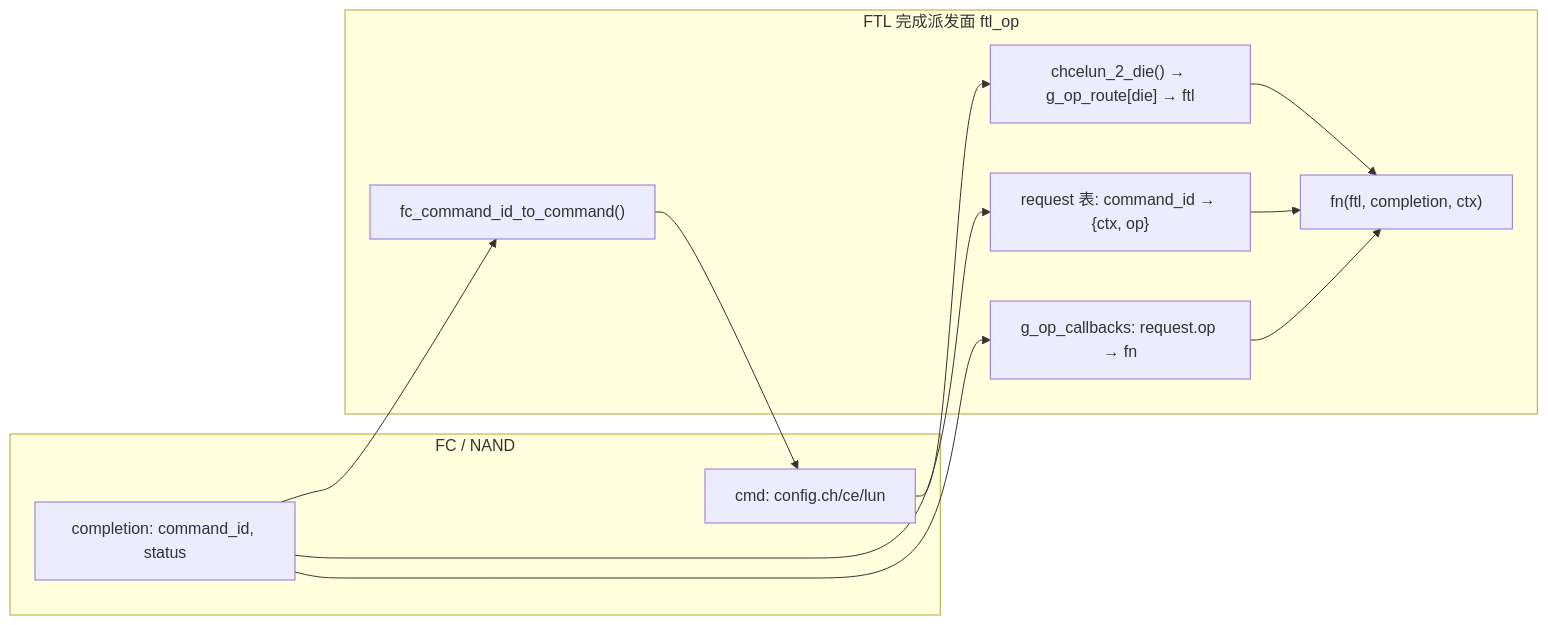
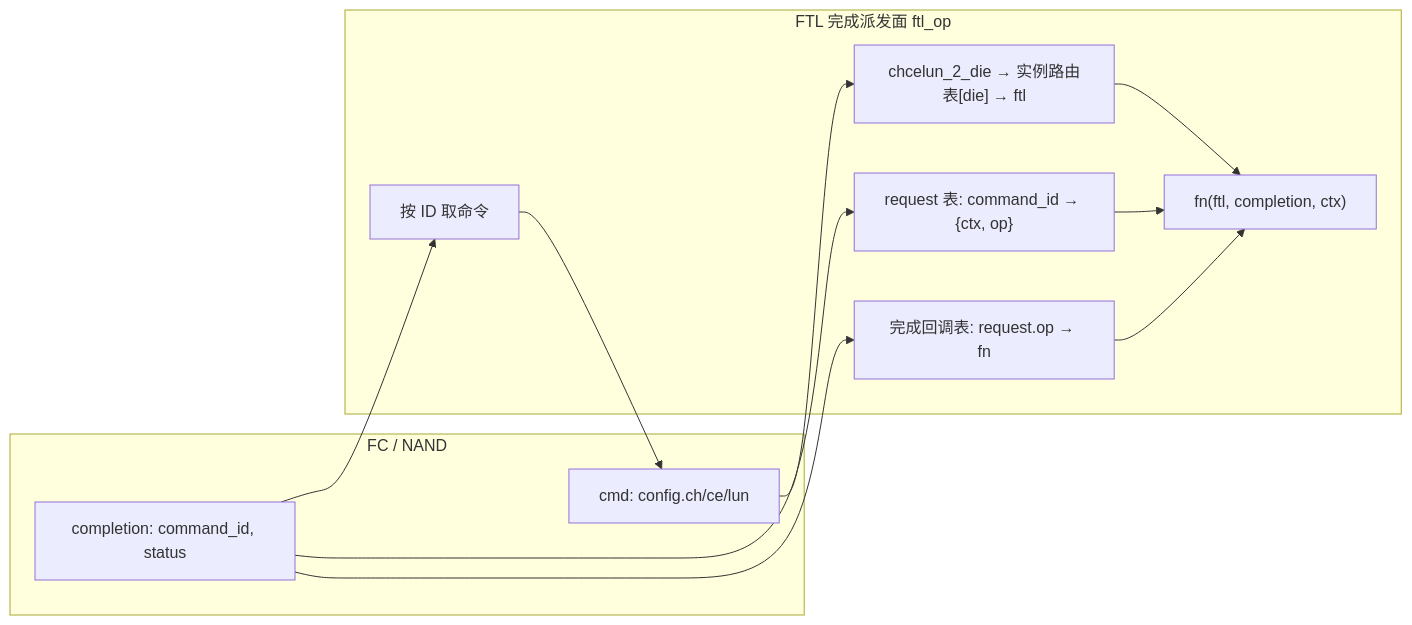
One commit to YzYMIAO/BASESSD changed diagram 17 of 36 in docs/design/ftl_design.md. Above: the diagram before and after it, drawn with Mermaid. The commit also changed other lines of this file and 49 other files, not shown here.

````diff
--- a/docs/design/ftl_design.md
+++ b/docs/design/ftl_design.md
@@ -3044,24 +2969,24 @@
 ```mermaid
 flowchart LR
-    subgraph "FC / NAND"
-        CMD["cmd: config.ch/ce/lun"]
-        COMP["completion: command_id, status"]
-    end
+ subgraph "FC / NAND"
+  CMD["cmd: config.ch/ce/lun"]
+  COMP["completion: command_id, status"]
+ end
 
-    subgraph "FTL 完成派发面 ftl_op"
-        LOOKUP["fc_command_id_to_command()"]
-        CTX["request 表: command_id → {ctx, op}"]
-        CB["g_op_callbacks: request.op → fn"]
-        ROUTE["chcelun_2_die() → g_op_route[die] → ftl"]
-        FN["fn(ftl, completion, ctx)"]
-    end
+ subgraph "FTL 完成派发面 ftl_op"
+  LOOKUP["按 ID 取命令"]
+  CTX["request 表: command_id → {ctx, op}"]
+  CB["完成回调表: request.op → fn"]
+  ROUTE["chcelun_2_die → 实例路由表[die] → ftl"]
+  FN["fn(ftl, completion, ctx)"]
+ end
 
-    COMP --> LOOKUP
-    LOOKUP --> CMD
-    COMP --> CTX
-    COMP --> CB
-    CMD --> ROUTE
-    CTX --> FN
-    CB --> FN
-    ROUTE --> FN
+ COMP --> LOOKUP
+ LOOKUP --> CMD
+ COMP --> CTX
+ COMP --> CB
+ CMD --> ROUTE
+ CTX --> FN
+ CB --> FN
+ ROUTE --> FN
 ```
````
